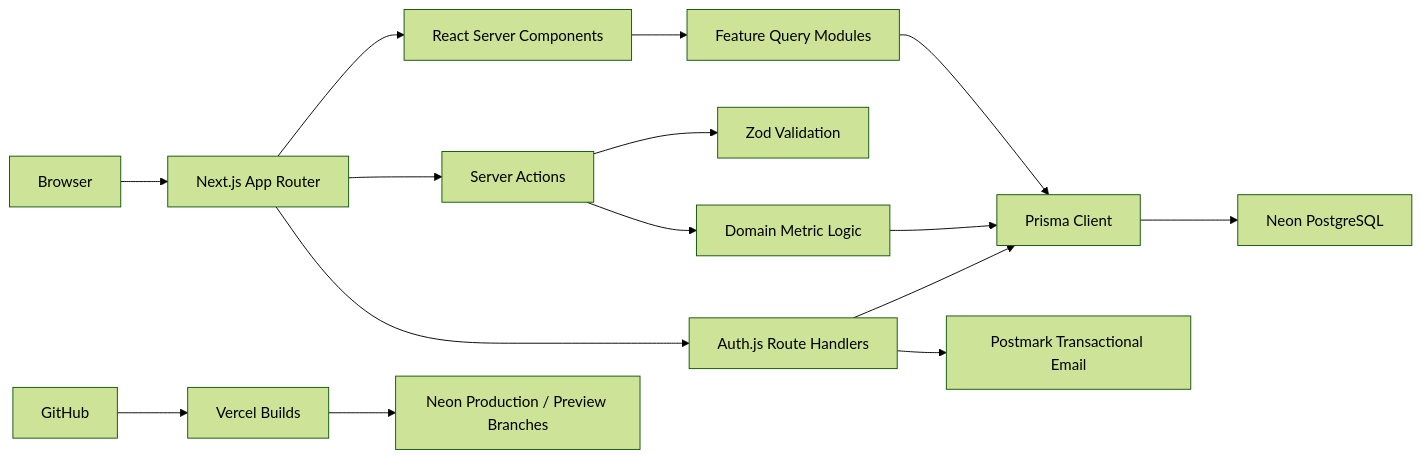
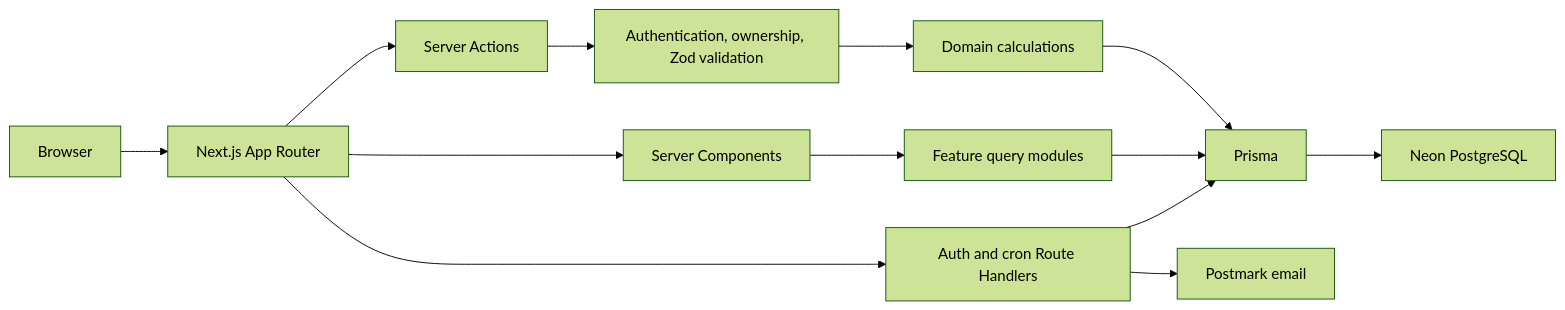
The diagram in README.md (VasileiosZisis/workout-tracker-nextjs.postgresql), drawn with Mermaid (forest theme) before and after one commit. The commit also changed other lines of this file and 2 other files, not shown here.

````diff
--- a/README.md
+++ b/README.md
@@ -61,17 +96,15 @@
 ```mermaid
 flowchart LR
-  Browser["Browser"] --> App["Next.js App Router"]
-  App --> RSC["React Server Components"]
-  App --> Actions["Server Actions"]
-  App --> Auth["Auth.js Route Handlers"]
-  RSC --> Queries["Feature Query Modules"]
-  Actions --> Validation["Zod Validation"]
-  Actions --> Domain["Domain Metric Logic"]
-  Auth --> Prisma["Prisma Client"]
-  Auth --> Postmark["Postmark Transactional Email"]
+  Browser[Browser] --> App[Next.js App Router]
+  App --> RSC[Server Components]
+  App --> Actions[Server Actions]
+  App --> Routes[Auth and cron Route Handlers]
+  RSC --> Queries[Feature query modules]
+  Actions --> Validation[Authentication, ownership, Zod validation]
+  Validation --> Metrics[Domain calculations]
+  Metrics --> Prisma[Prisma]
   Queries --> Prisma
-  Domain --> Prisma
-  Prisma --> Neon["Neon PostgreSQL"]
-  GitHub["GitHub"] --> Vercel["Vercel Builds"]
-  Vercel --> NeonBranches["Neon Production / Preview Branches"]
+  Routes --> Prisma
+  Routes --> Postmark[Postmark email]
+  Prisma --> DB[Neon PostgreSQL]
 ```
````
